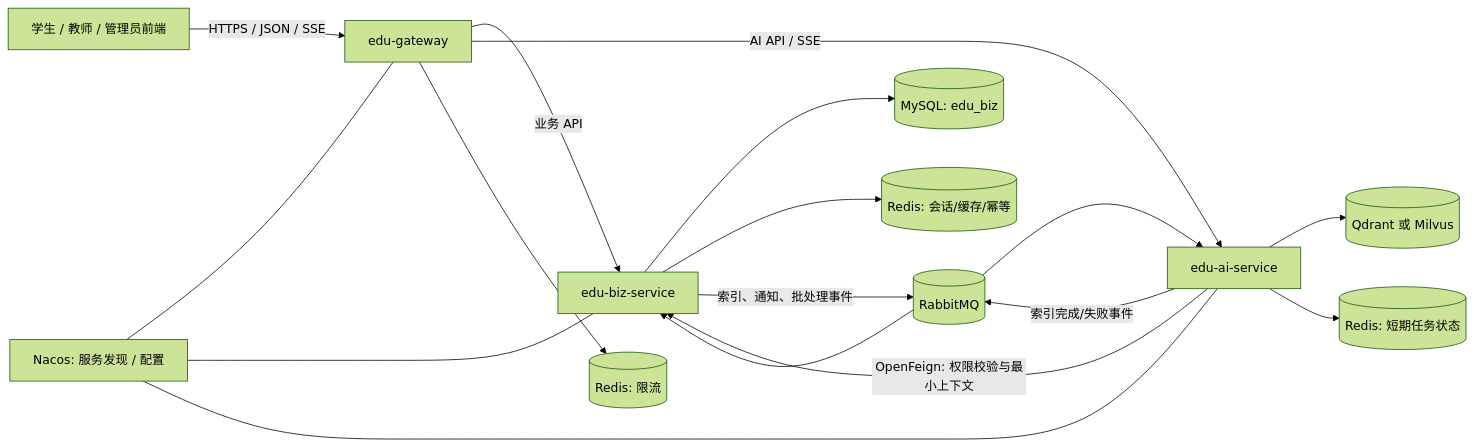
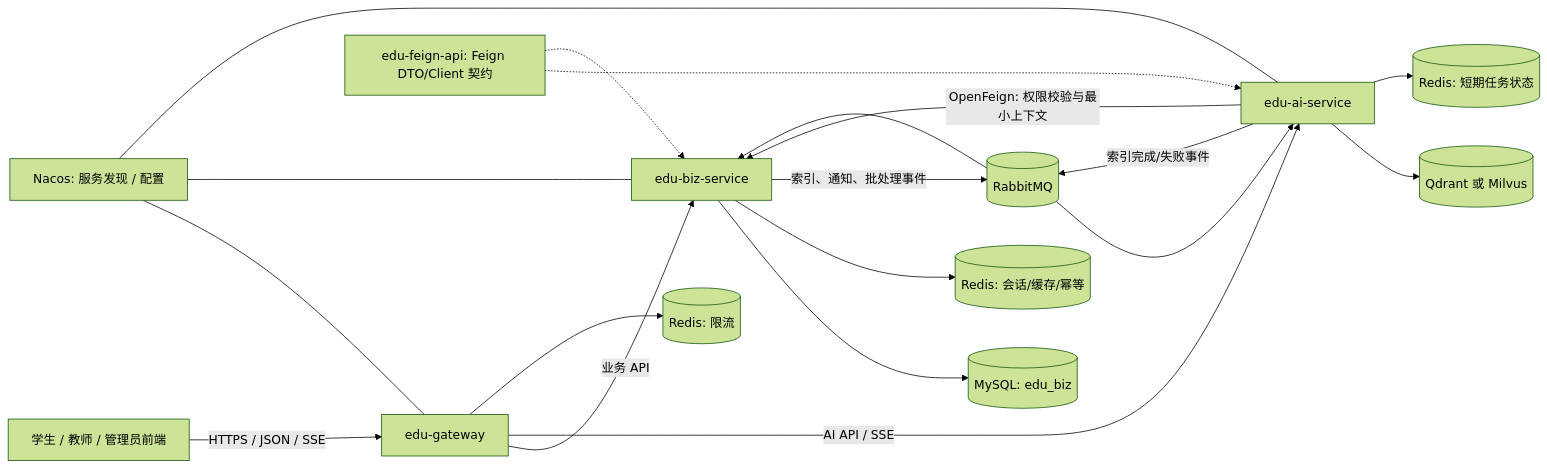
Before and after one commit to tf-3766/smart_education: the first of 2 diagrams in docs/backend-architecture.md, drawn with Mermaid (forest theme). The commit also changed other lines of this file and 66 other files, not shown here.

````diff
--- a/docs/backend-architecture.md
+++ b/docs/backend-architecture.md
@@ -19,23 +19,25 @@
 ```mermaid
 flowchart LR
     U["学生 / 教师 / 管理员前端"] -->|"HTTPS / JSON / SSE"| G["edu-gateway"]
 
     G -->|"业务 API"| B["edu-biz-service"]
     G -->|"AI API / SSE"| A["edu-ai-service"]
 
     B --> BM[("MySQL: edu_biz")]
     B --> BR[("Redis: 会话/缓存/幂等")]
     G --> GR[("Redis: 限流")]
     A --> AV[("Qdrant 或 Milvus")]
     A --> AR[("Redis: 短期任务状态")]
 
     A -->|"OpenFeign: 权限校验与最小上下文"| B
+    F["edu-feign-api: Feign DTO/Client 契约"] -.-> A
+    F -.-> B
     B -->|"索引、通知、批处理事件"| MQ[("RabbitMQ")]
     MQ --> A
     A -->|"索引完成/失败事件"| MQ
     MQ --> B
 
     N["Nacos: 服务发现 / 配置"] --- G
     N --- B
     N --- A
 ```
````
